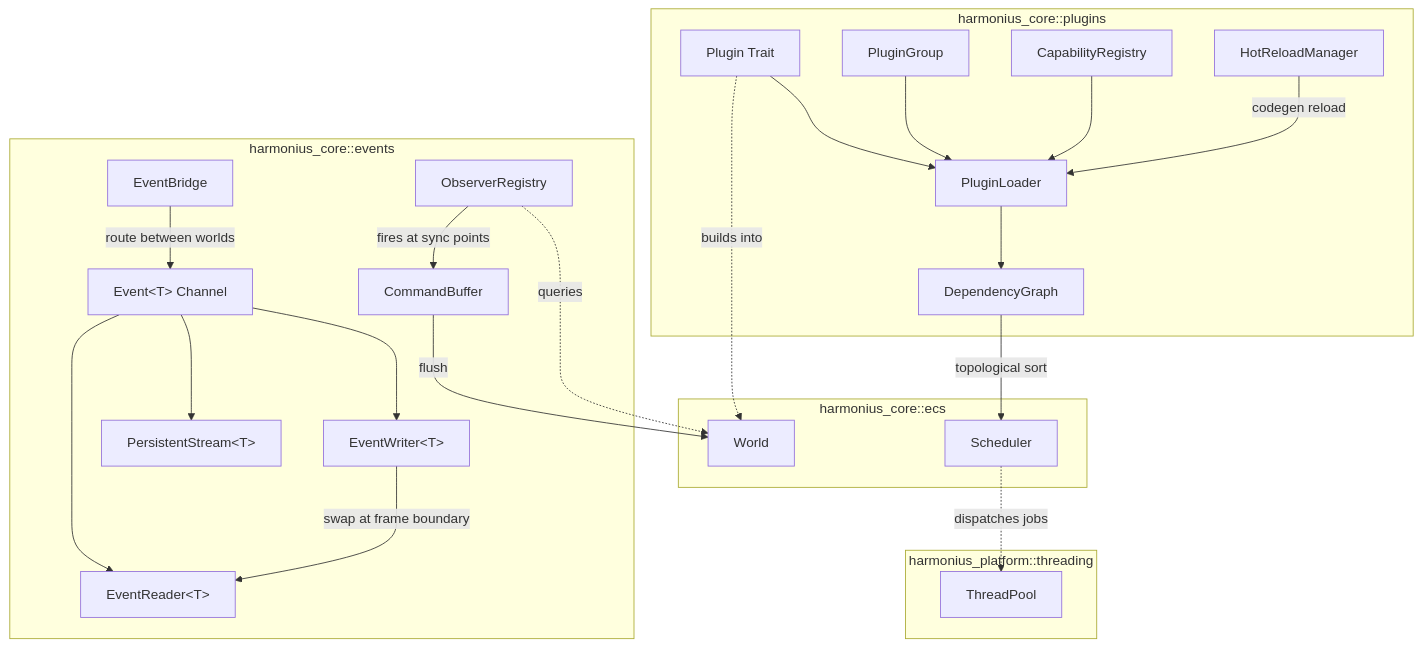
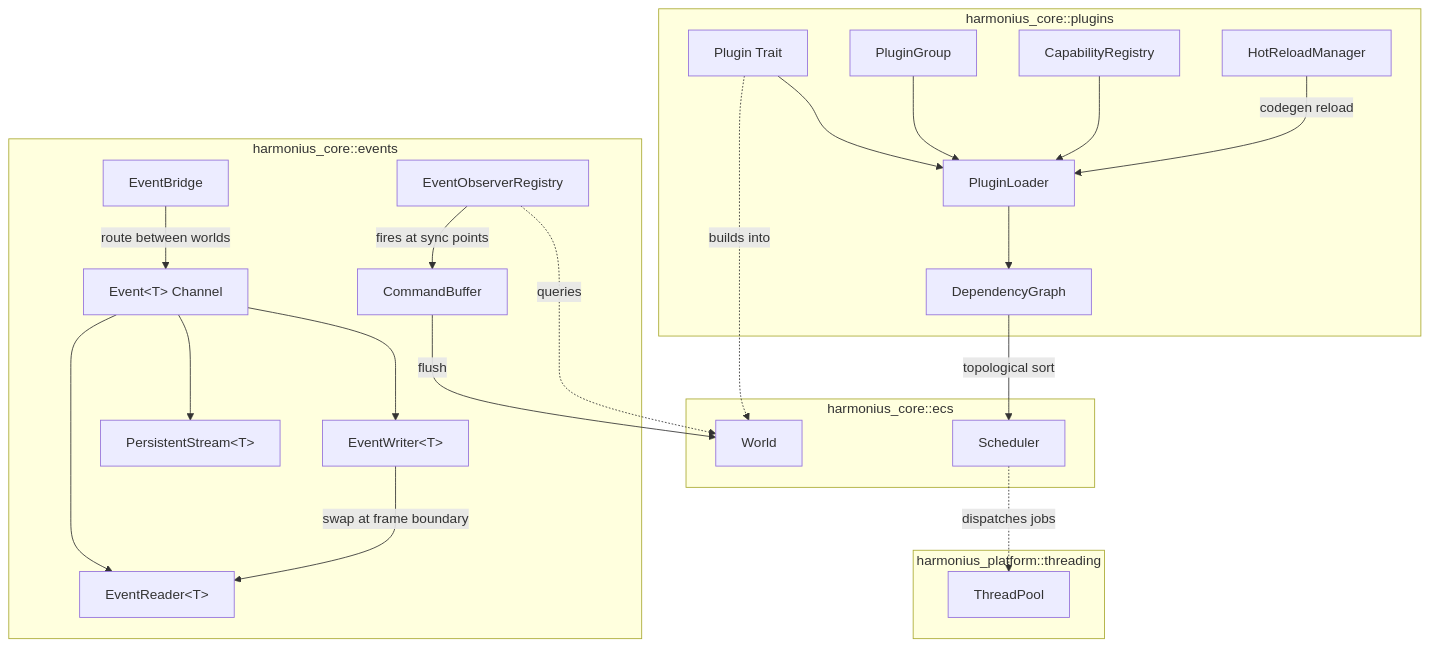
One commit to harmonius-dev/harmonius changed the first of 9 diagrams in docs/design/core-runtime/events-plugins.md. Above: the diagram before and after it, drawn with Mermaid. The commit also changed other lines of this file and 143 other files, not shown here.

````diff
--- a/docs/design/core-runtime/events-plugins.md
+++ b/docs/design/core-runtime/events-plugins.md
@@ -81,49 +94,49 @@
 ```mermaid
 graph TD
     subgraph "harmonius_core::events"
         EC["Event&lt;T&gt; Channel"]
         ER["EventReader&lt;T&gt;"]
         EW["EventWriter&lt;T&gt;"]
         PS["PersistentStream&lt;T&gt;"]
-        OB[ObserverRegistry]
+        OB[EventObserverRegistry]
         CB[CommandBuffer]
         BR["EventBridge"]
     end
 
     subgraph "harmonius_core::plugins"
         PT[Plugin Trait]
         PG[PluginGroup]
         PL[PluginLoader]
         DG[DependencyGraph]
         CR[CapabilityRegistry]
         HR[HotReloadManager]
     end
 
     subgraph "harmonius_core::ecs"
         WD[World]
         SC[Scheduler]
     end
 
     subgraph "harmonius_platform::threading"
         TP[ThreadPool]
     end
 
     EC --> ER
     EC --> EW
     EC --> PS
     EW -->|"swap at frame boundary"| ER
     OB -->|"fires at sync points"| CB
     CB -->|"flush"| WD
     BR -->|"route between worlds"| EC
 
     PT --> PL
     PG --> PL
     PL --> DG
     DG -->|"topological sort"| SC
     CR --> PL
     HR -->|"codegen reload"| PL
 
     PT -.->|"builds into"| WD
     OB -.->|"queries"| WD
     SC -.->|"dispatches jobs"| TP
 ```
````
